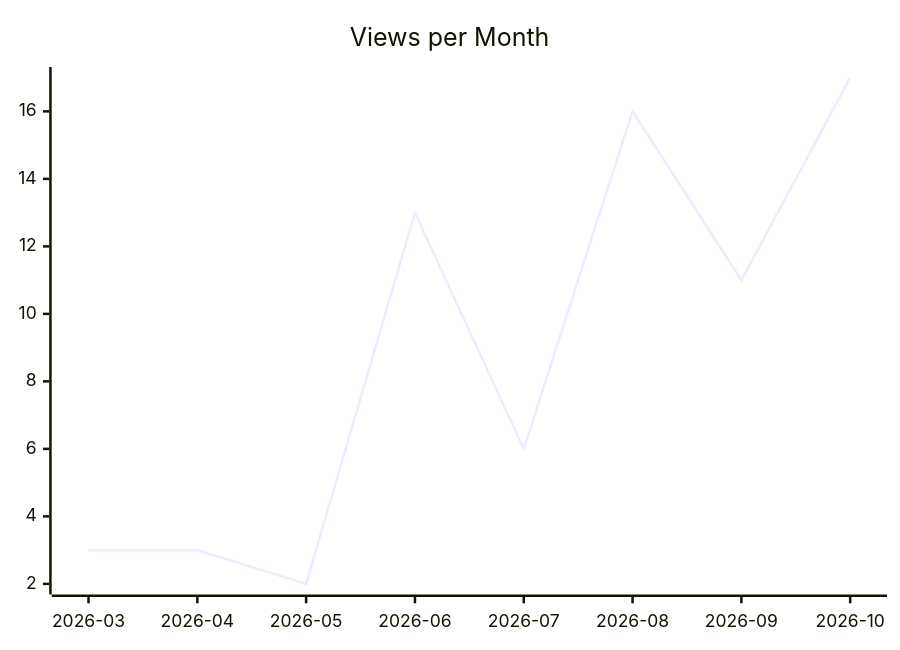
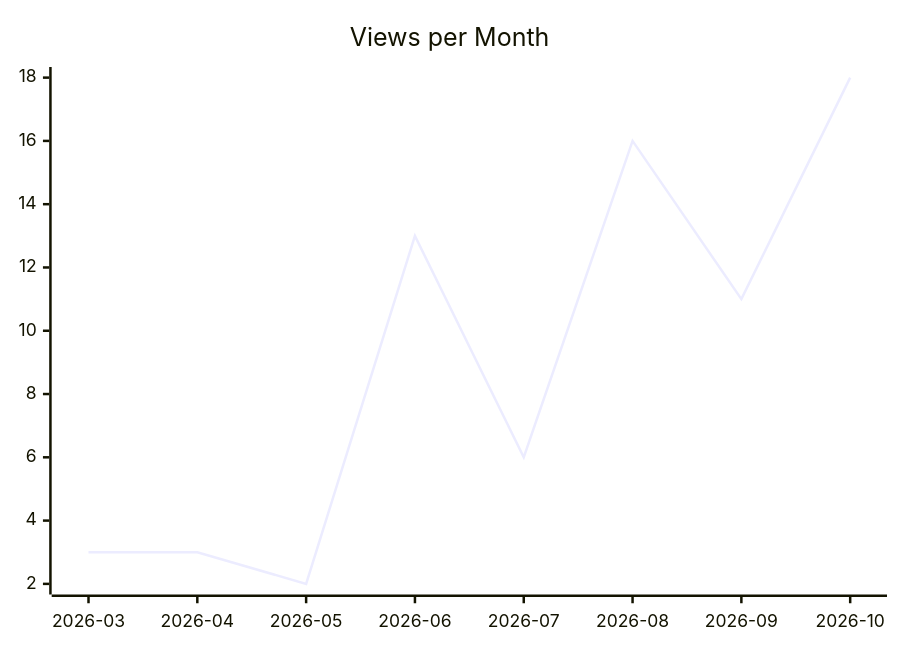
One commit to justdavis-family/github-analytics-data changed the second of 3 diagrams in karlmdavis/rps-tourney/README.md. Above: the diagram before and after it, drawn with Mermaid. The commit also changed other lines of this file and 199 other files, not shown here.

````diff
--- a/karlmdavis/rps-tourney/README.md
+++ b/karlmdavis/rps-tourney/README.md
@@ -12,6 +12,6 @@
 ```mermaid
 xychart-beta
   title "Views per Month"
   x-axis ["2026-03", "2026-04", "2026-05", "2026-06", "2026-07", "2026-08", "2026-09", "2026-10"]
-  line [3, 3, 2, 13, 6, 16, 11, 17]
+  line [3, 3, 2, 13, 6, 16, 11, 18]
 ```
````
